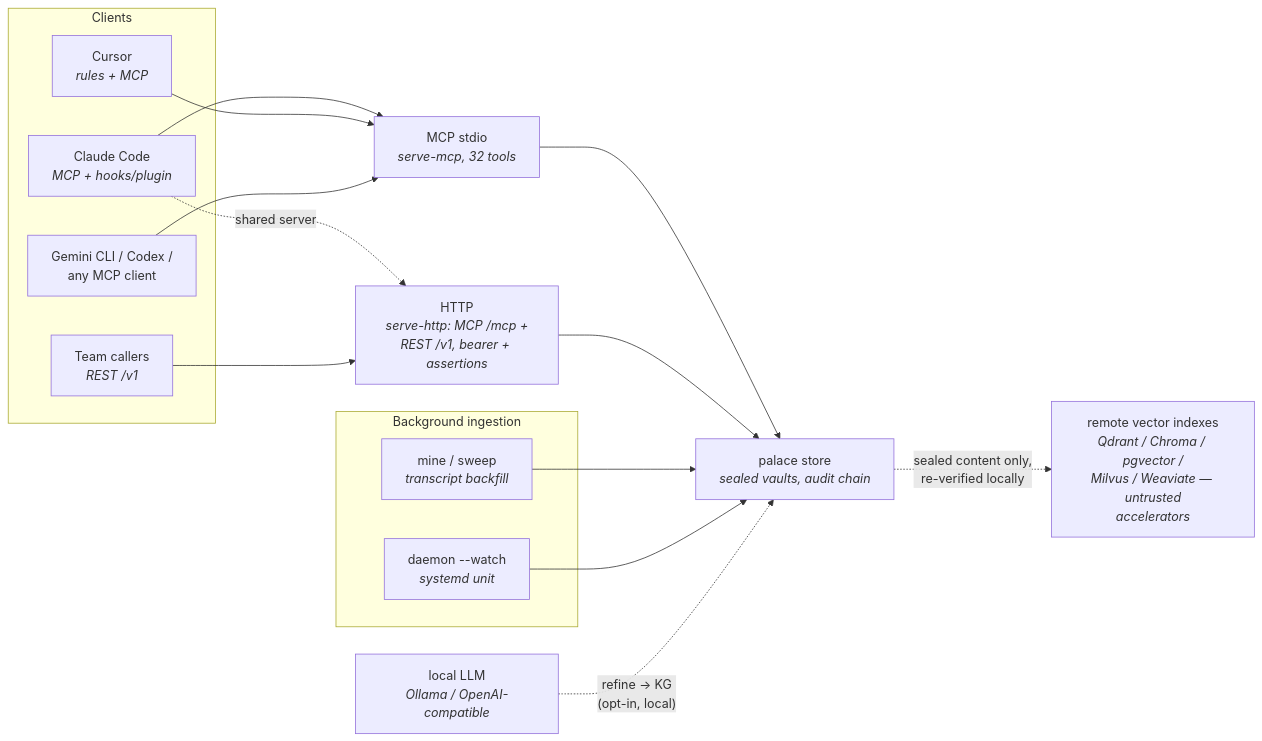
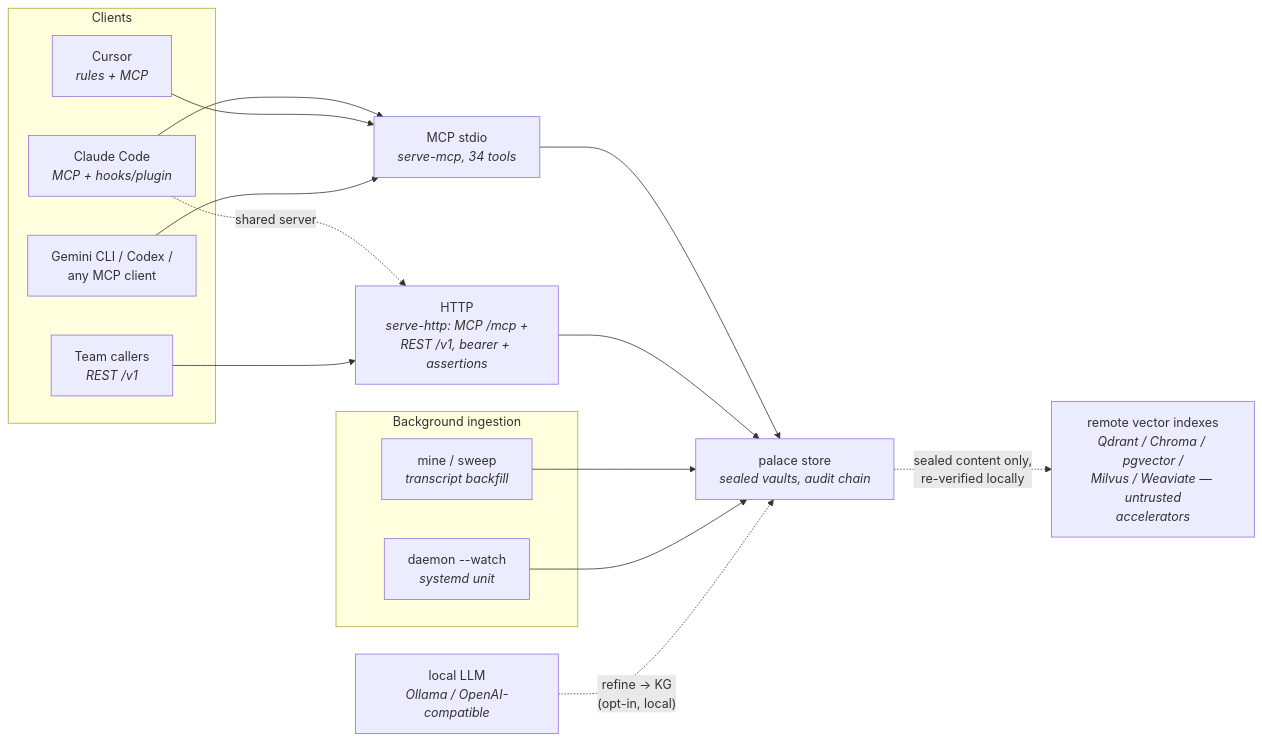
The diagram in docs/integrations.md (sealcroft/undercroft), drawn with Mermaid before and after one commit. The commit also changed 5 other files, not shown here.

Commit message:
the site tells the truth again: landing stats/cards/terminal current (511 tests, 304 e2e, 34 MCP tools, the defense rooms), THREAT_MODEL section 8 marked BUILT with the shipped shapes, diagram+parity tool counts re-rendered

````diff
--- a/docs/integrations.md
+++ b/docs/integrations.md
@@ -11,24 +11,24 @@
 ```mermaid
 flowchart LR
     subgraph clients["Clients"]
         cc["Claude Code<br/><i>MCP + hooks/plugin</i>"]
         cur["Cursor<br/><i>rules + MCP</i>"]
         gem["Gemini CLI / Codex /<br/>any MCP client"]
         team["Team callers<br/><i>REST /v1</i>"]
     end
     subgraph ingest["Background ingestion"]
         mine["mine / sweep<br/><i>transcript backfill</i>"]
         daemon["daemon --watch<br/><i>systemd unit</i>"]
     end
-    cc --> mcp["MCP stdio<br/><i>serve-mcp, 32 tools</i>"]
+    cc --> mcp["MCP stdio<br/><i>serve-mcp, 34 tools</i>"]
     cur --> mcp
     gem --> mcp
     cc -. "shared server" .-> http["HTTP<br/><i>serve-http: MCP /mcp +<br/>REST /v1, bearer + assertions</i>"]
     team --> http
     mcp --> store["palace store<br/><i>sealed vaults, audit chain</i>"]
     http --> store
     mine --> store
     daemon --> store
     store -. "sealed content only,<br/>re-verified locally" .-> remote["remote vector indexes<br/><i>Qdrant / Chroma / pgvector /<br/>Milvus / Weaviate — untrusted<br/>accelerators</i>"]
     llmx["local LLM<br/><i>Ollama / OpenAI-compatible</i>"] -. "refine → KG<br/>(opt-in, local)" .-> store
 ```
````
